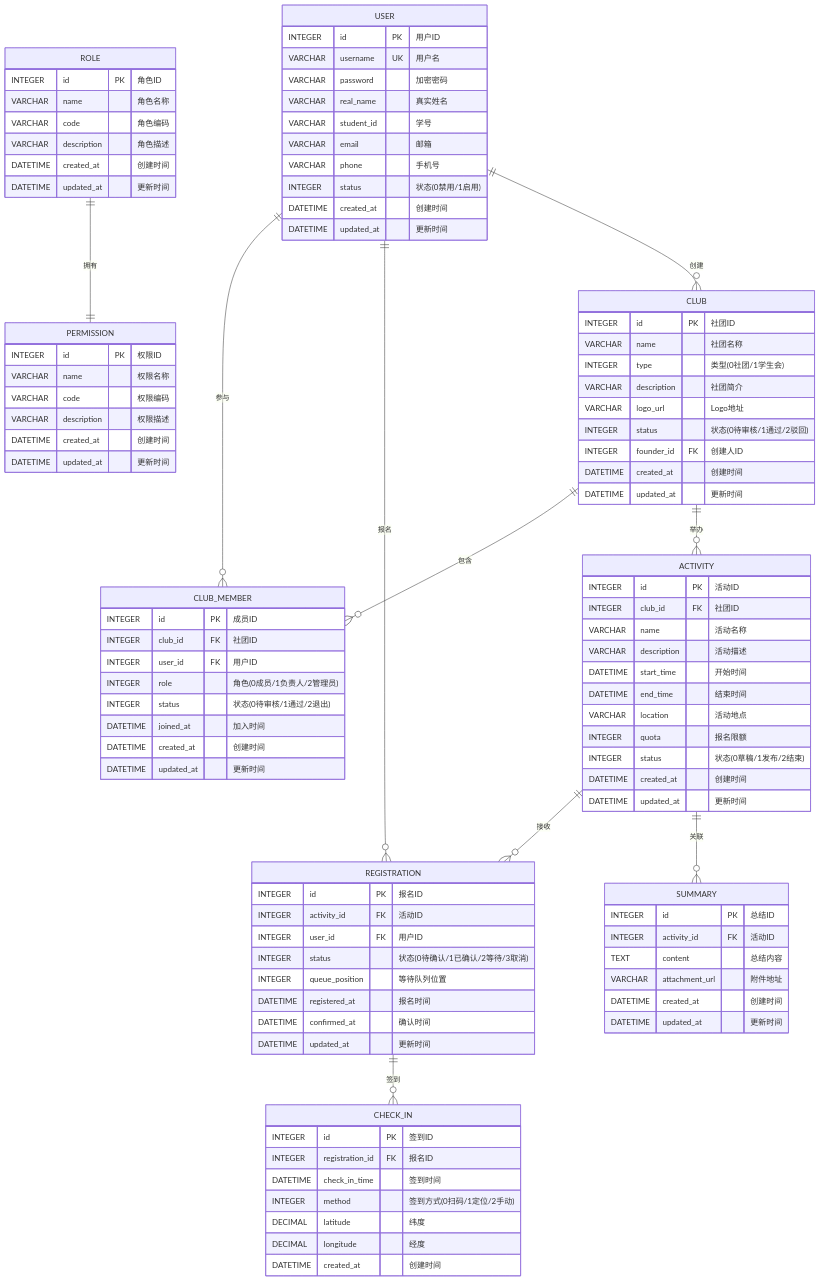
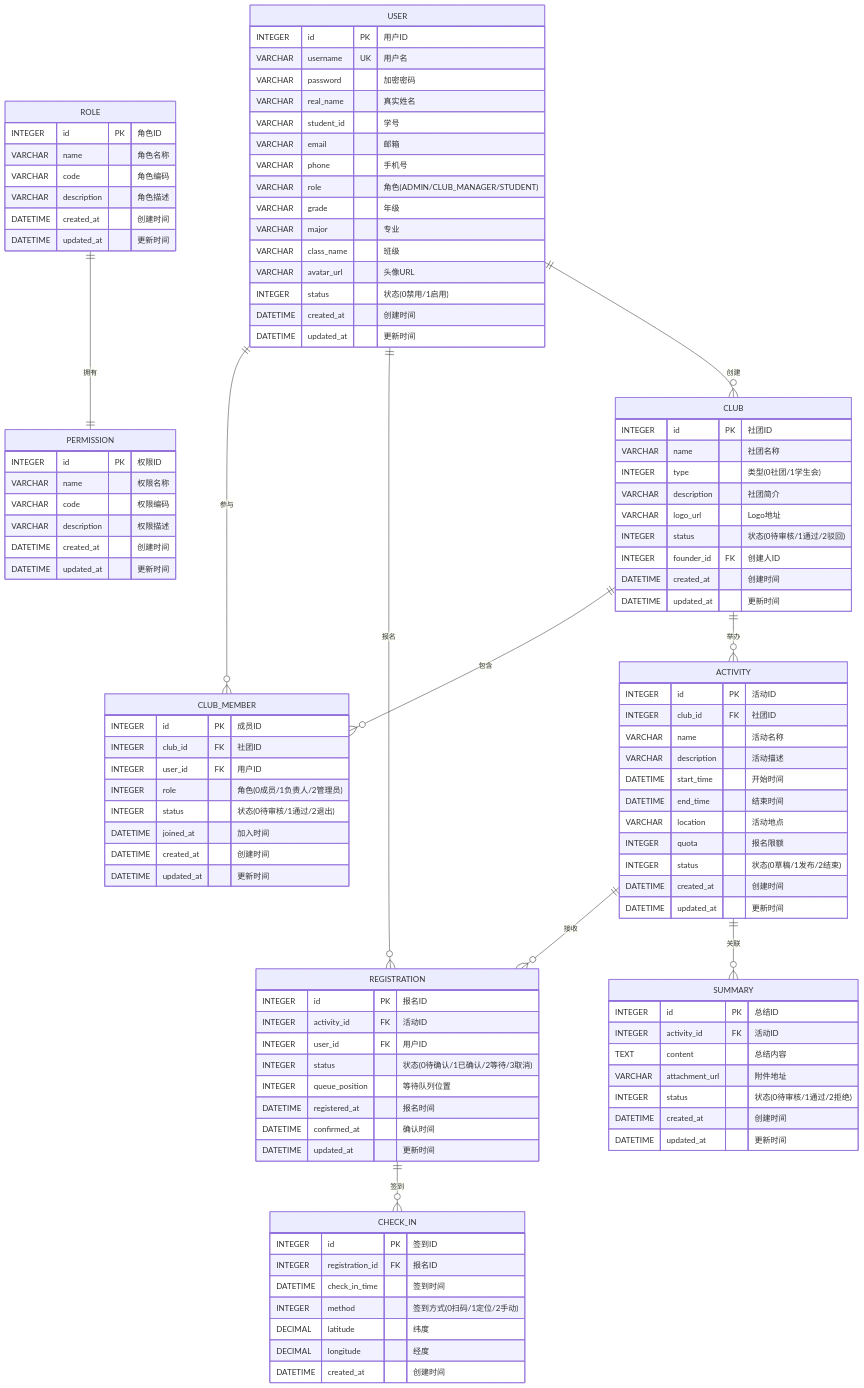
One commit to OSrH-666/- changed the diagram in backend/src/main/resources/database-design/er-diagram.md. Above: the diagram before and after it, drawn with Mermaid.

Commit message:
feat：添加user表新字段

```diff
--- a/backend/src/main/resources/database-design/er-diagram.md
+++ b/backend/src/main/resources/database-design/er-diagram.md
@@ -26,6 +26,11 @@
         VARCHAR student_id "学号"
         VARCHAR email "邮箱"
         VARCHAR phone "手机号"
+        VARCHAR role "角色(ADMIN/CLUB_MANAGER/STUDENT)"
+        VARCHAR grade "年级"
+        VARCHAR major "专业"
+        VARCHAR class_name "班级"
+        VARCHAR avatar_url "头像URL"
         INTEGER status "状态(0禁用/1启用)"
         DATETIME created_at "创建时间"
         DATETIME updated_at "更新时间"
@@ -94,6 +99,7 @@
         INTEGER activity_id FK "活动ID"
         TEXT content "总结内容"
         VARCHAR attachment_url "附件地址"
+        INTEGER status "状态(0待审核/1通过/2拒绝)"
         DATETIME created_at "创建时间"
         DATETIME updated_at "更新时间"
     }
```
